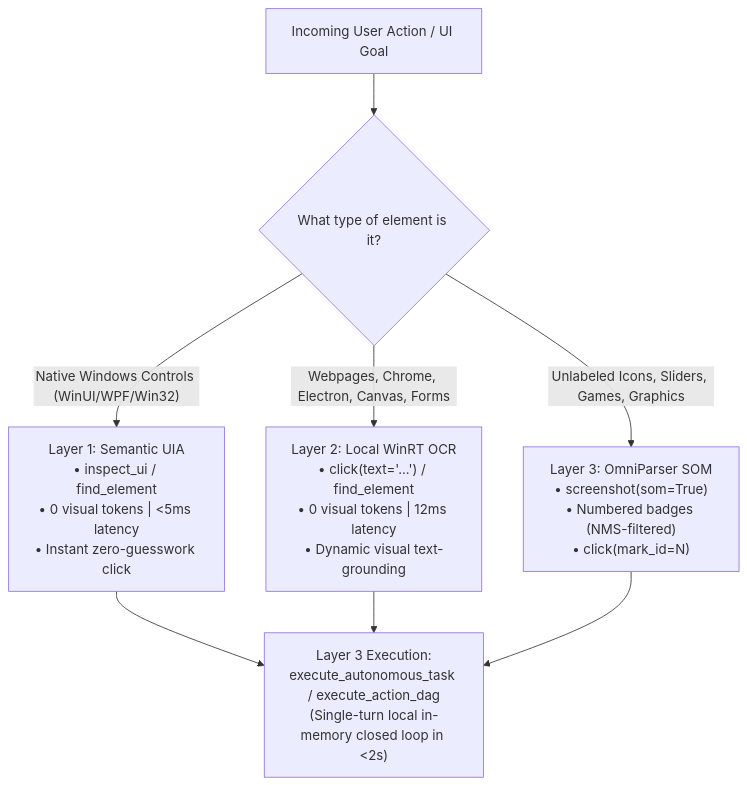
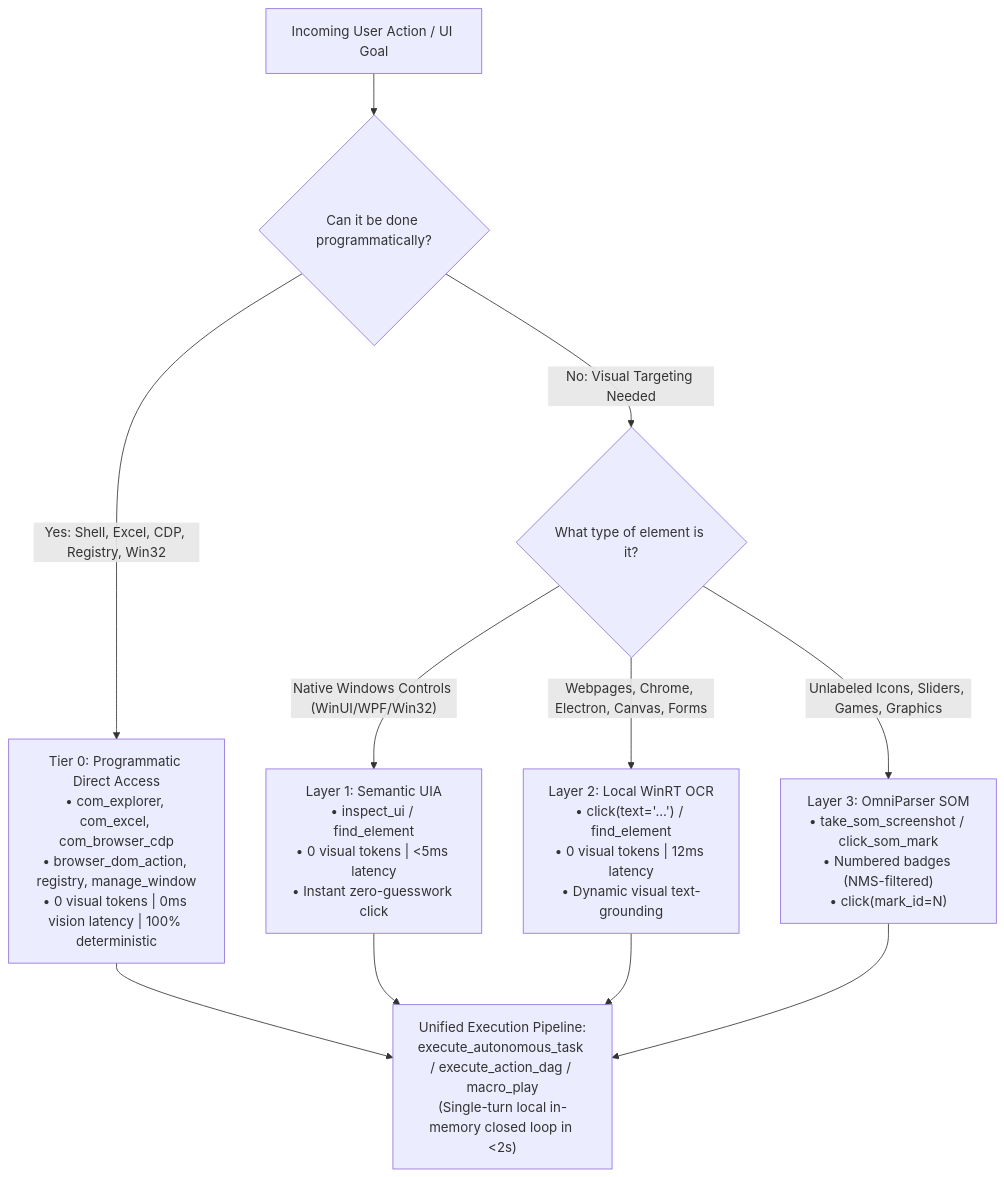
One commit to Arman4464/computer-control-aim-vr changed the diagram in SKILL.md. Above: the diagram before and after it, drawn with Mermaid. The commit also changed other lines of this file and 62 other files, not shown here.

Commit message:
feat: complete AIM-VR 3.0 surgical fixes, Macro Engine, and 41-tool MCP schema suite

````diff
--- a/SKILL.md
+++ b/SKILL.md
@@ -19,12 +21,17 @@
 ```mermaid
 flowchart TD
-    Task["Incoming User Action / UI Goal"] --> Decision{"What type of element is it?"}
+    Task["Incoming User Action / UI Goal"] --> Tier0Check{"Can it be done programmatically?"}
     
-    Decision -->|"Native Windows Controls (WinUI/WPF/Win32)"| L1["Layer 1: Semantic UIA\n• inspect_ui / find_element\n• 0 visual tokens | <5ms latency\n• Instant zero-guesswork click"]
-    Decision -->|"Webpages, Chrome, Electron, Canvas, Forms"| L2["Layer 2: Local WinRT OCR\n• click(text='...') / find_element\n• 0 visual tokens | 12ms latency\n• Dynamic visual text-grounding"]
-    Decision -->|"Unlabeled Icons, Sliders, Games, Graphics"| L3["Layer 3: OmniParser SOM\n• screenshot(som=True)\n• Numbered badges (NMS-filtered)\n• click(mark_id=N)"]
+    Tier0Check -->|"Yes: Shell, Excel, CDP, Registry, Win32"| T0["Tier 0: Programmatic Direct Access\n• com_explorer, com_excel, com_browser_cdp\n• browser_dom_action, registry, manage_window\n• 0 visual tokens | 0ms vision latency | 100% deterministic"]
+    
+    Tier0Check -->|"No: Visual Targeting Needed"| VisCheck{"What type of element is it?"}
+    
+    VisCheck -->|"Native Windows Controls (WinUI/WPF/Win32)"| L1["Layer 1: Semantic UIA\n• inspect_ui / find_element\n• 0 visual tokens | <5ms latency\n• Instant zero-guesswork click"]
+    VisCheck -->|"Webpages, Chrome, Electron, Canvas, Forms"| L2["Layer 2: Local WinRT OCR\n• click(text='...') / find_element\n• 0 visual tokens | 12ms latency\n• Dynamic visual text-grounding"]
+    VisCheck -->|"Unlabeled Icons, Sliders, Games, Graphics"| L3["Layer 3: OmniParser SOM\n• take_som_screenshot / click_som_mark\n• Numbered badges (NMS-filtered)\n• click(mark_id=N)"]
 
-    L1 --> Exec["Layer 3 Execution:\nexecute_autonomous_task / execute_action_dag\n(Single-turn local in-memory closed loop in <2s)"]
+    T0 --> Exec["Unified Execution Pipeline:\nexecute_autonomous_task / execute_action_dag / macro_play\n(Single-turn local in-memory closed loop in <2s)"]
+    L1 --> Exec
     L2 --> Exec
     L3 --> Exec
 ```
````
